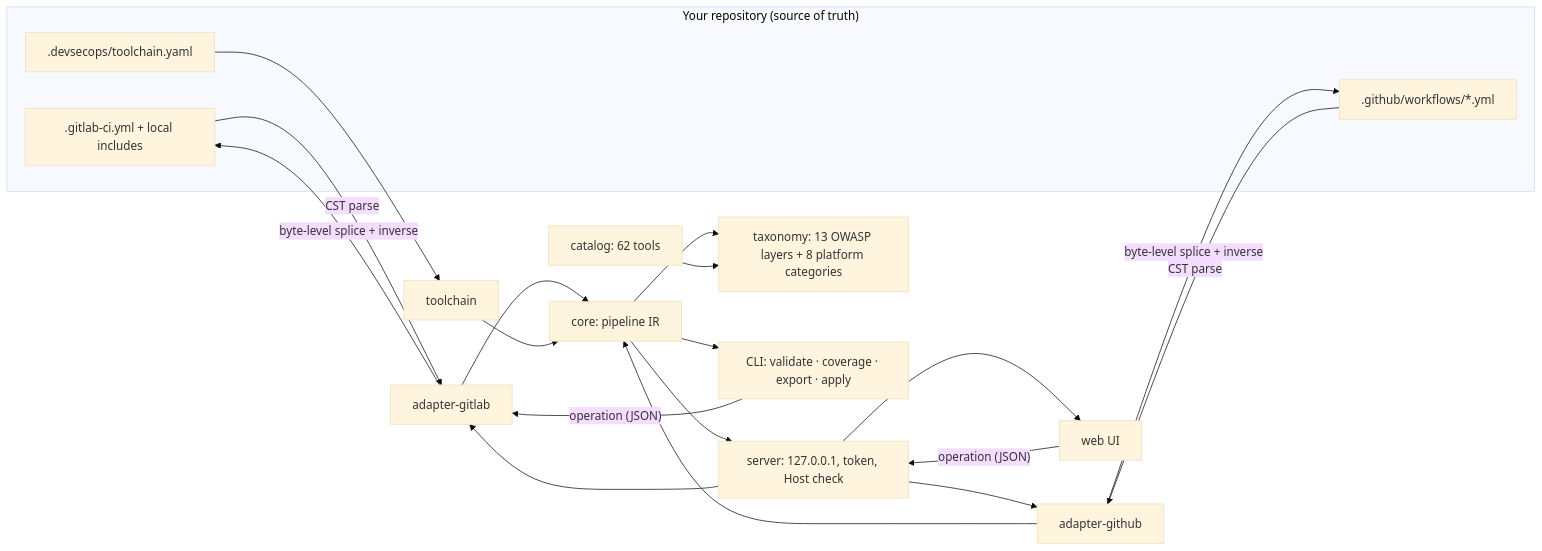
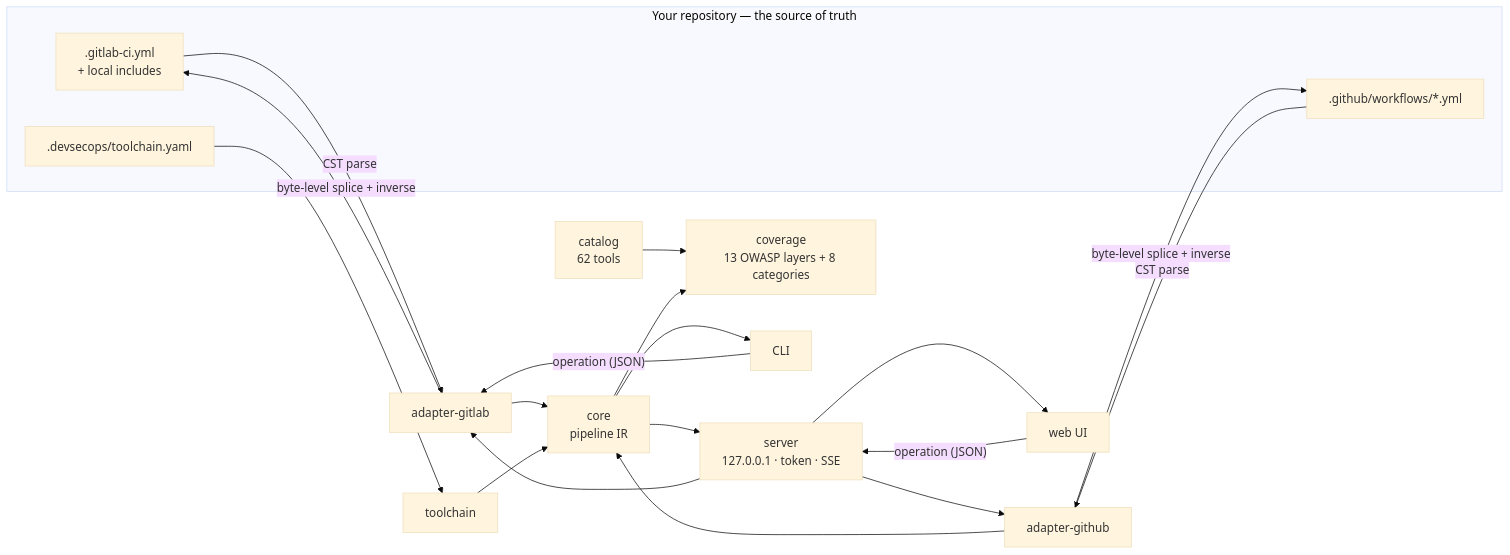
The diagram in README.md (khalidOuhmid/keelson), drawn with Mermaid (base theme) before and after one commit. The commit also changed other lines of this file and 11 other files, not shown here.

First line of the commit message:
docs: open-source README, CLI and configuration reference, changelog, code of conduct, CodeQL, Dependabot, GitHub release from the changelog

````diff
--- a/README.md
+++ b/README.md
@@ -69,23 +184,22 @@
 ```mermaid
 flowchart LR
-  subgraph repo["Your repository (source of truth)"]
-    gl[".gitlab-ci.yml + local includes"]
+  subgraph repo["Your repository — the source of truth"]
+    gl[".gitlab-ci.yml<br/>+ local includes"]
     gh[".github/workflows/*.yml"]
     tc[".devsecops/toolchain.yaml"]
   end
   gl -- "CST parse" --> agl["adapter-gitlab"]
   gh -- "CST parse" --> agh["adapter-github"]
-  agl --> ir["core: pipeline IR"]
+  agl --> ir["core<br/>pipeline IR"]
   agh --> ir
   tc --> tcp["toolchain"] --> ir
-  ir --> cov["taxonomy: 13 OWASP layers + 8 platform categories"]
-  cat["catalog: 62 tools"] --> cov
-  ir --> srv["server: 127.0.0.1, token, Host check"] --> ui["web UI"]
-  ir --> cli["CLI: validate · coverage · export · apply"]
+  cat["catalog<br/>62 tools"] --> cov["coverage<br/>13 OWASP layers + 8 categories"]
+  ir --> cov
+  ir --> srv["server<br/>127.0.0.1 · token · SSE"] --> ui["web UI"]
+  ir --> cli["CLI"]
   ui -- "operation (JSON)" --> srv
-  srv --> agl
-  srv --> agh
+  srv --> agl & agh
   cli -- "operation (JSON)" --> agl
   agl -- "byte-level splice + inverse" --> gl
   agh -- "byte-level splice + inverse" --> gh
 ```
````
